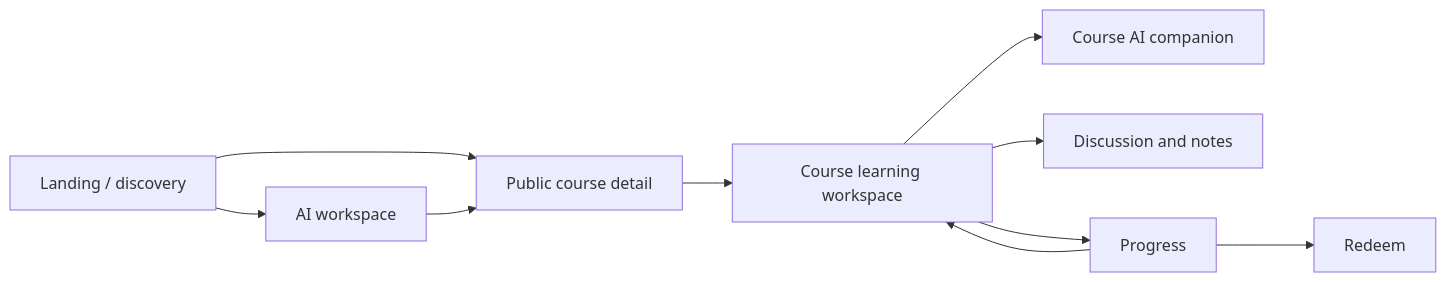
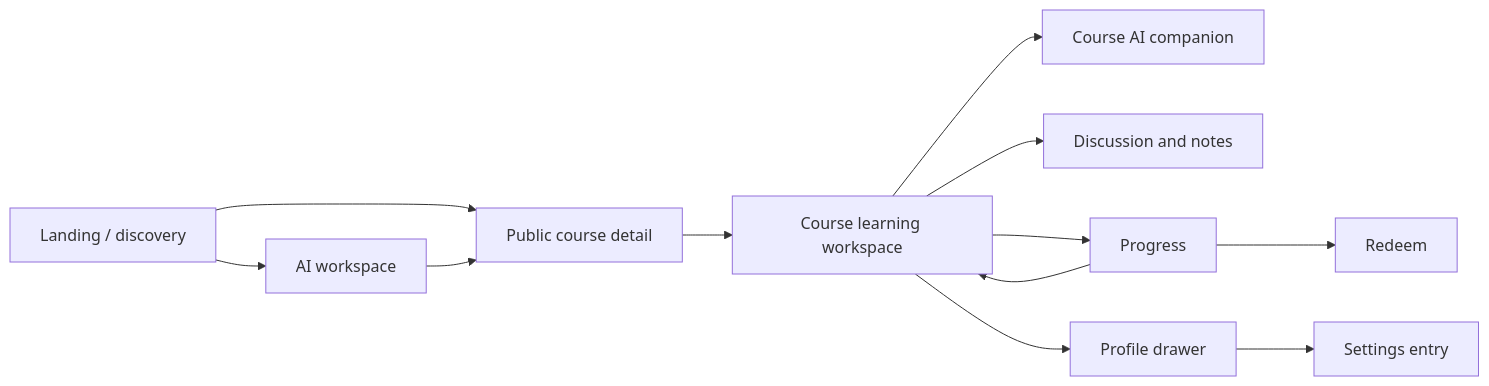
Before and after one commit to kkhammm6-prog/MOOCKY-Figma-Rebuild: the diagram in design.md, drawn with Mermaid. The commit also changed other lines of this file and 10 other files, not shown here.

Commit message:
feat(profile): add learner profile drawer

````diff
--- a/design.md
+++ b/design.md
@@ -16,12 +16,14 @@
 ```mermaid
 flowchart LR
   A["Landing / discovery"] --> B["Public course detail"]
   A --> C["AI workspace"]
   B --> D["Course learning workspace"]
   D --> E["Course AI companion"]
   D --> F["Discussion and notes"]
   D --> G["Progress"]
+  D --> I["Profile drawer"]
+  I --> J["Settings entry"]
   C --> B
   G --> D
   G --> H["Redeem"]
 ```
````
